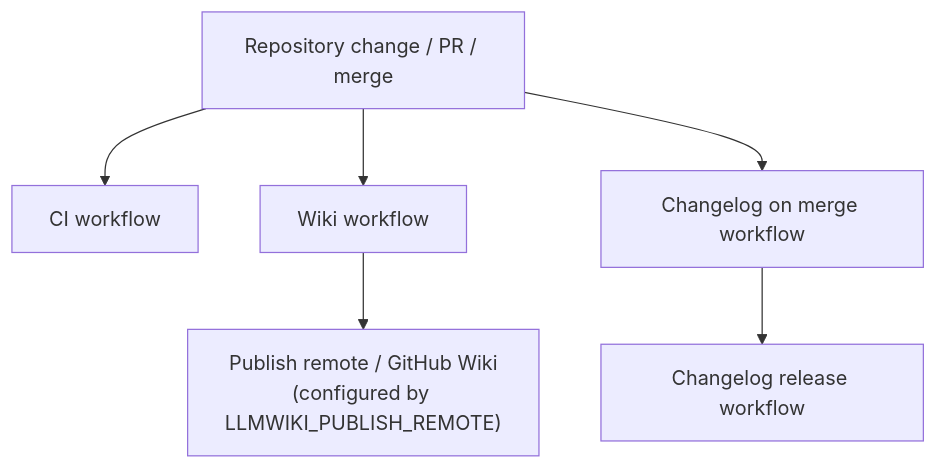
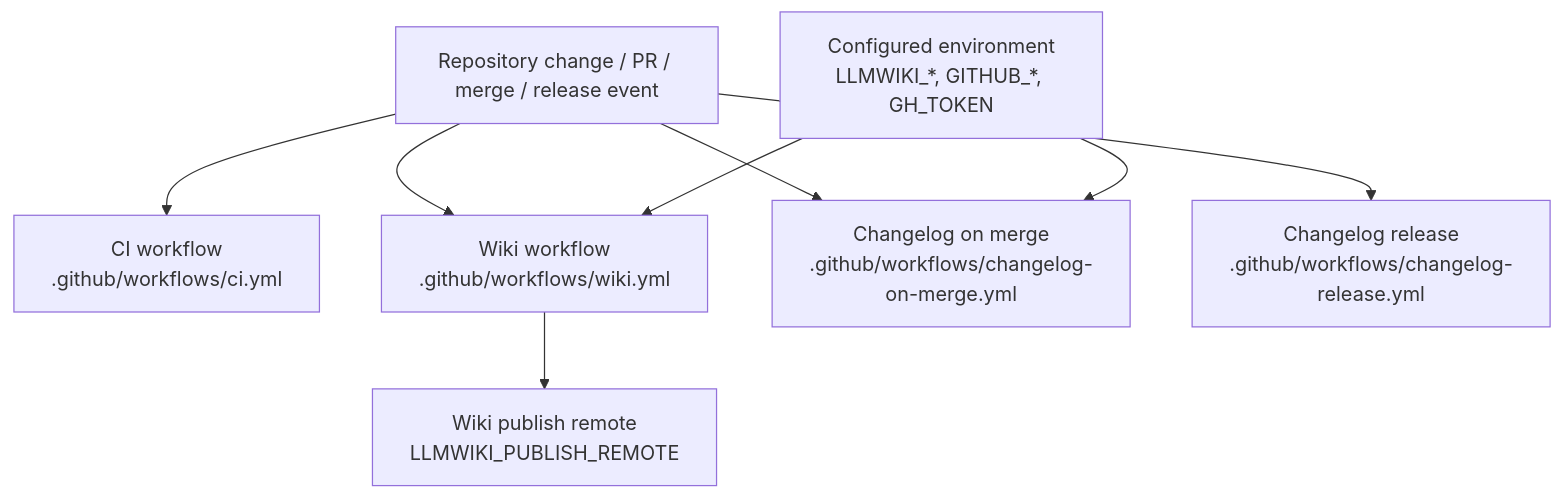
One commit to mfittko/repo-wiki changed the fourth of 4 diagrams in Architecture.md. Above: the diagram before and after it, drawn with Mermaid. The commit also changed other lines of this file and 46 other files, not shown here.

Commit message:
Compile repository wiki 2026-06-12T23:37:07.677Z

````diff
--- a/Architecture.md
+++ b/Architecture.md
@@ -241,15 +256,18 @@
 ```mermaid
 flowchart TD
-  Change["Repository change / PR / merge"]
-  CI["CI workflow"]
-  Wiki["Wiki workflow"]
-  ChangelogMerge["Changelog on merge workflow"]
-  ChangelogRelease["Changelog release workflow"]
-  PublishRemote["Publish remote / GitHub Wiki<br/>(configured by LLMWIKI_PUBLISH_REMOTE)"]
+  Change["Repository change / PR / merge / release event"]
+  CI["CI workflow<br/>.github/workflows/ci.yml"]
+  Wiki["Wiki workflow<br/>.github/workflows/wiki.yml"]
+  ChangelogMerge["Changelog on merge<br/>.github/workflows/changelog-on-merge.yml"]
+  ChangelogRelease["Changelog release<br/>.github/workflows/changelog-release.yml"]
+  Env["Configured environment<br/>LLMWIKI_*, GITHUB_*, GH_TOKEN"]
+  WikiRemote["Wiki publish remote<br/>LLMWIKI_PUBLISH_REMOTE"]
 
   Change --> CI
   Change --> Wiki
   Change --> ChangelogMerge
-  ChangelogMerge --> ChangelogRelease
-  Wiki --> PublishRemote
+  Change --> ChangelogRelease
+  Env --> Wiki
+  Env --> ChangelogMerge
+  Wiki --> WikiRemote
 ```
````
